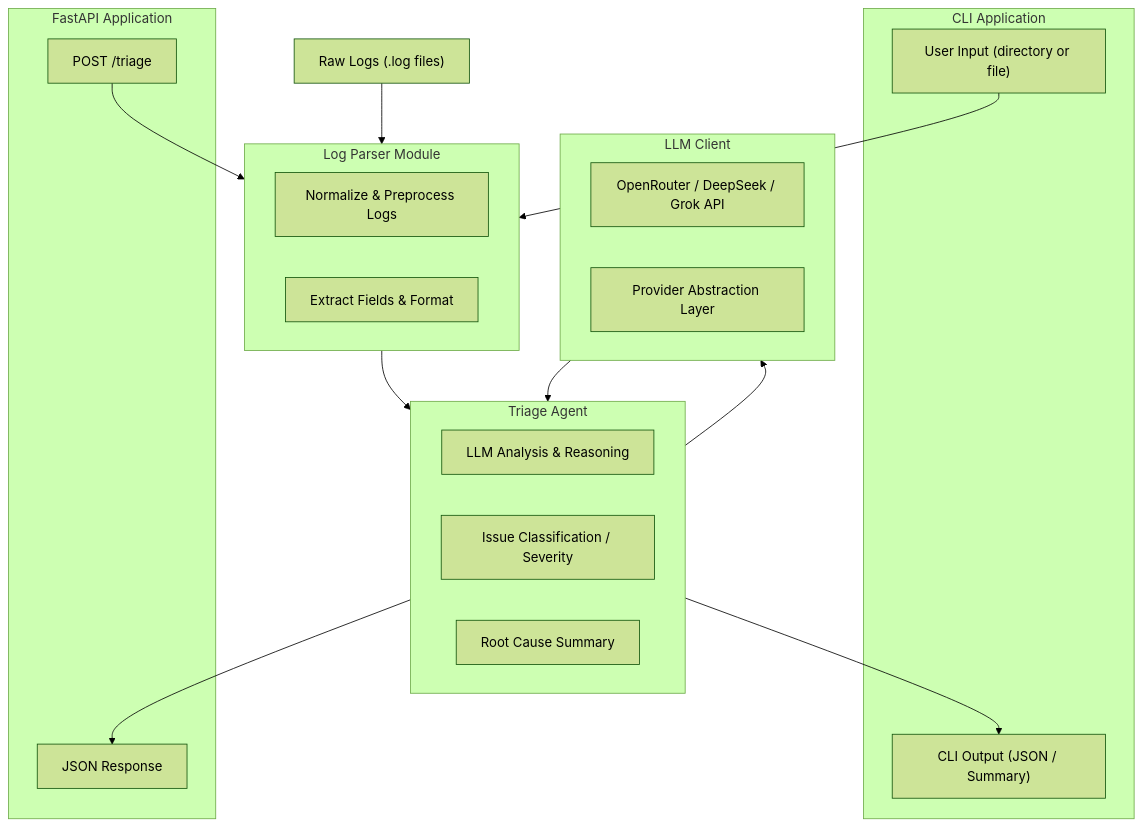
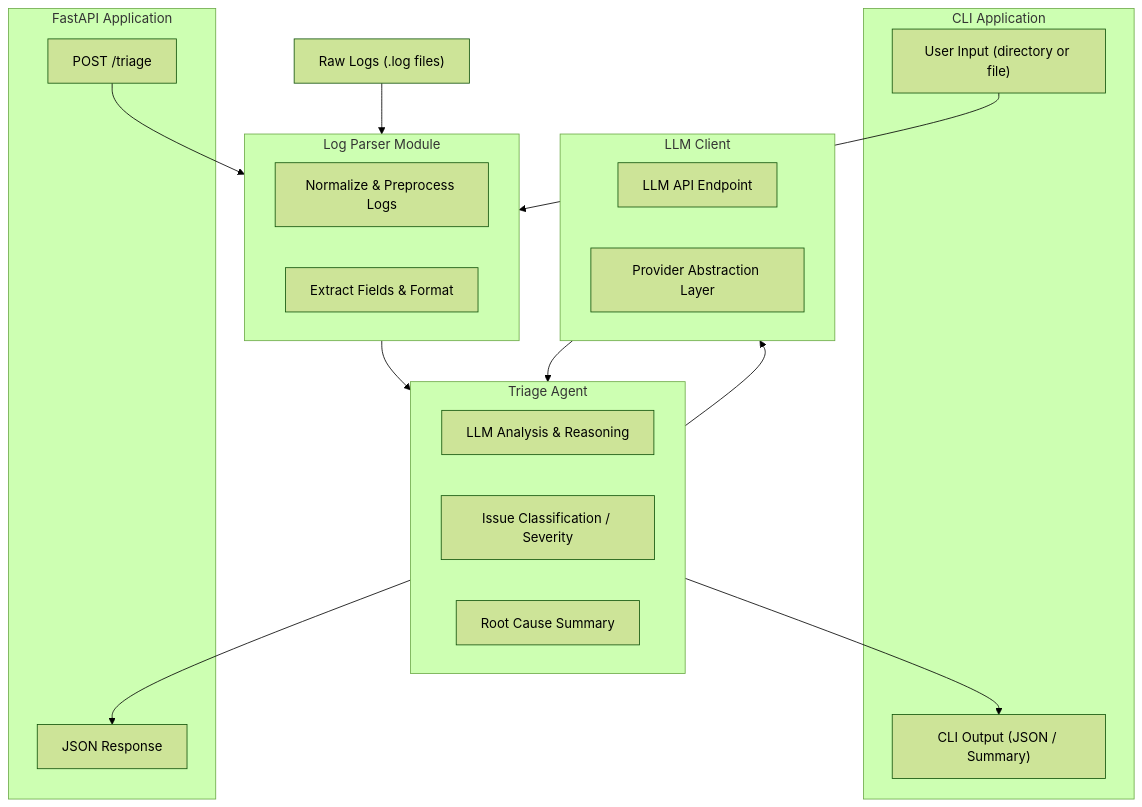
One commit to R00TKI11/ai-learning-portfolio changed the diagram in projects/ai-log-triage-agent/README.md. Above: the diagram before and after it, drawn with Mermaid (forest theme). The commit also changed other lines of this file and 2 other files, not shown here.

````diff
--- a/projects/ai-log-triage-agent/README.md
+++ b/projects/ai-log-triage-agent/README.md
@@ -67,45 +67,45 @@
 ```mermaid
 flowchart TD
 
     subgraph CLI_App["CLI Application"]
         CLI_Input["User Input (directory or file)"]
         CLI_Output["CLI Output (JSON / Summary)"]
     end
 
     subgraph API_App["FastAPI Application"]
         API_Request["POST /triage"]
         API_Response["JSON Response"]
     end
 
     subgraph Parser["Log Parser Module"]
         Normalize["Normalize & Preprocess Logs"]
         Structure["Extract Fields & Format"]
     end
 
     subgraph Agent["Triage Agent"]
         Analyze["LLM Analysis & Reasoning"]
         Classify["Issue Classification / Severity"]
         Summaries["Root Cause Summary"]
     end
 
     subgraph LLM["LLM Client"]
-        API_Call["OpenRouter / DeepSeek / Grok API"]
+        API_Call["LLM API Endpoint"]
         Provider["Provider Abstraction Layer"]
     end
 
     DataSources["Raw Logs (.log files)"]
 
     %% Connections
     CLI_Input --> Parser
     API_Request --> Parser
 
     Parser --> Agent
 
     Agent --> LLM
     LLM --> Agent
 
     Agent --> CLI_Output
     Agent --> API_Response
 
     DataSources --> Parser
 ```
````
